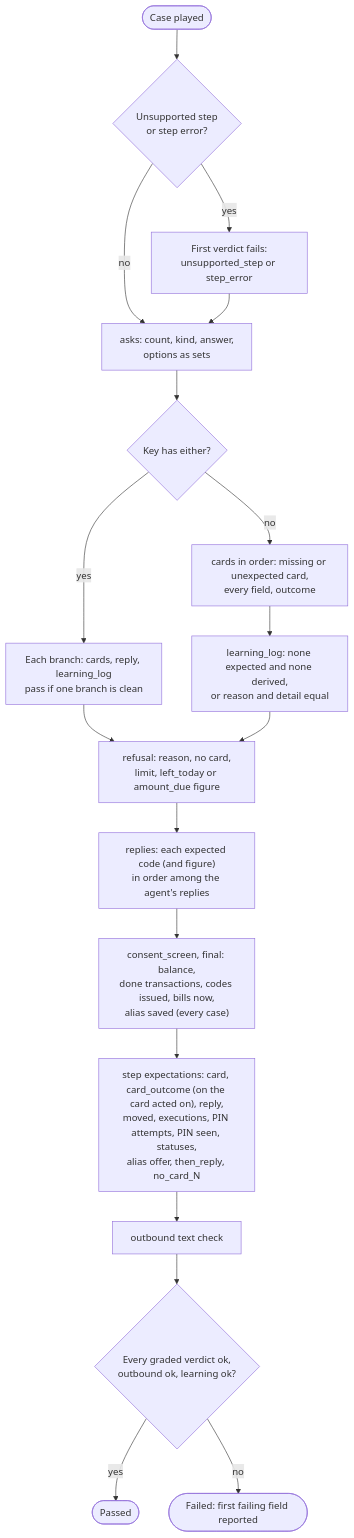
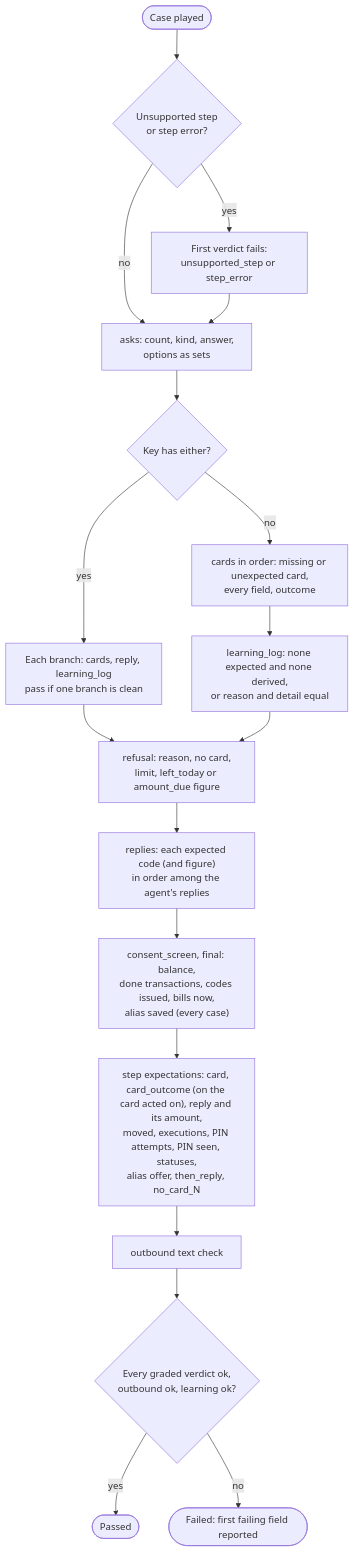
One commit to Khalil-Alhadidi/Naqoli changed the second of 3 diagrams in docs/agent-eval.md. Above: the diagram before and after it, drawn with Mermaid. The commit also changed other lines of this file and 6 other files, not shown here.

````diff
--- a/docs/agent-eval.md
+++ b/docs/agent-eval.md
@@ -85,20 +85,20 @@
 ```mermaid
 flowchart TD
     start(["Case played"]) --> stopped{"Unsupported step<br/>or step error?"}
     stopped -- yes --> failFirst["First verdict fails:<br/>unsupported_step or step_error"]
     stopped -- no --> asks
     failFirst --> asks["asks: count, kind, answer,<br/>options as sets"]
     asks --> either{"Key has either?"}
     either -- yes --> branches["Each branch: cards, reply, learning_log<br/>pass if one branch is clean"]
     either -- no --> cards["cards in order: missing or unexpected card,<br/>every field, outcome"]
     cards --> learning["learning_log: none expected and none derived,<br/>or reason and detail equal"]
     branches --> refusal
     learning --> refusal["refusal: reason, no card,<br/>limit, left_today or amount_due figure"]
     refusal --> replies["replies: each expected code (and figure)<br/>in order among the agent's replies"]
     replies --> final["consent_screen, final: balance,<br/>done transactions, codes issued, bills now,<br/>alias saved (every case)"]
-    final --> steps["step expectations: card, card_outcome (on the card acted on), reply,<br/>moved, executions, PIN attempts, PIN seen, statuses,<br/>alias offer, then_reply, no_card_N"]
+    final --> steps["step expectations: card, card_outcome (on the card acted on), reply and its amount,<br/>moved, executions, PIN attempts, PIN seen, statuses,<br/>alias offer, then_reply, no_card_N"]
     steps --> outbound["outbound text check"]
     outbound --> passed{"Every graded verdict ok,<br/>outbound ok, learning ok?"}
     passed -- yes --> pass(["Passed"])
     passed -- no --> fail(["Failed: first failing field reported"])
 ```
````
